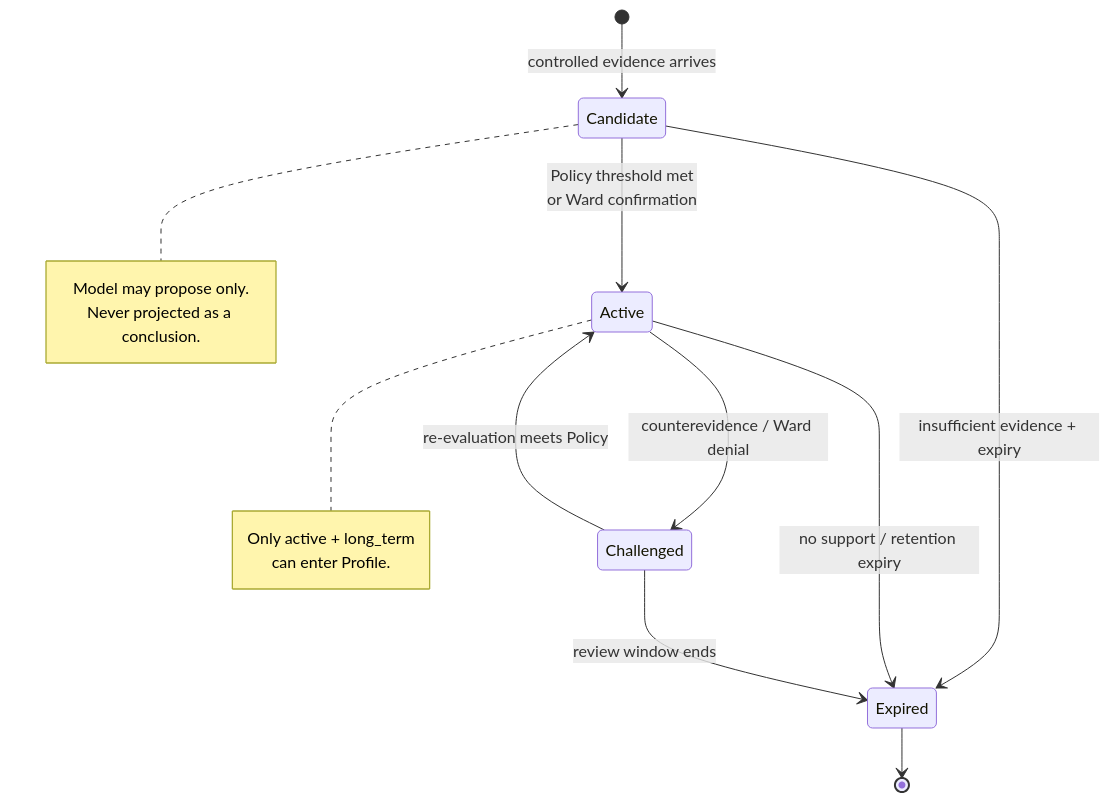
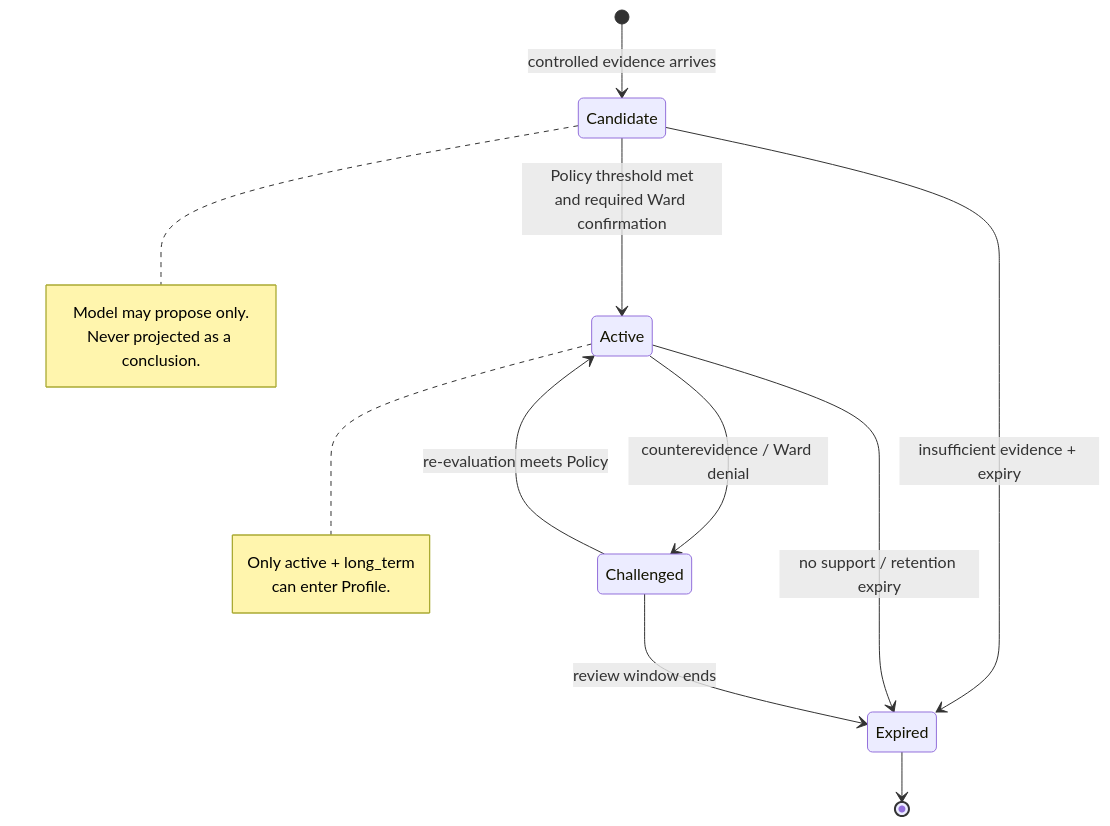
The fourth of 10 diagrams in docs/technical/domain-memory.md (johanchow/duxue), drawn with Mermaid before and after one commit. The commit also changed other lines of this file and 47 other files, not shown here.

````diff
--- a/docs/technical/domain-memory.md
+++ b/docs/technical/domain-memory.md
@@ -153,20 +170,20 @@
 ```mermaid
 stateDiagram-v2
     [*] --> Candidate : controlled evidence arrives
-    Candidate --> Active : Policy threshold met<br/>or Ward confirmation
+    Candidate --> Active : Policy threshold met<br/>and required Ward confirmation
     Candidate --> Expired : insufficient evidence + expiry
     Active --> Challenged : counterevidence / Ward denial
     Challenged --> Active : re-evaluation meets Policy
     Active --> Expired : no support / retention expiry
     Challenged --> Expired : review window ends
     Expired --> [*]
 
     note right of Candidate
         Model may propose only.
         Never projected as a conclusion.
     end note
     note right of Active
         Only active + long_term
         can enter Profile.
     end note
 ```
````
